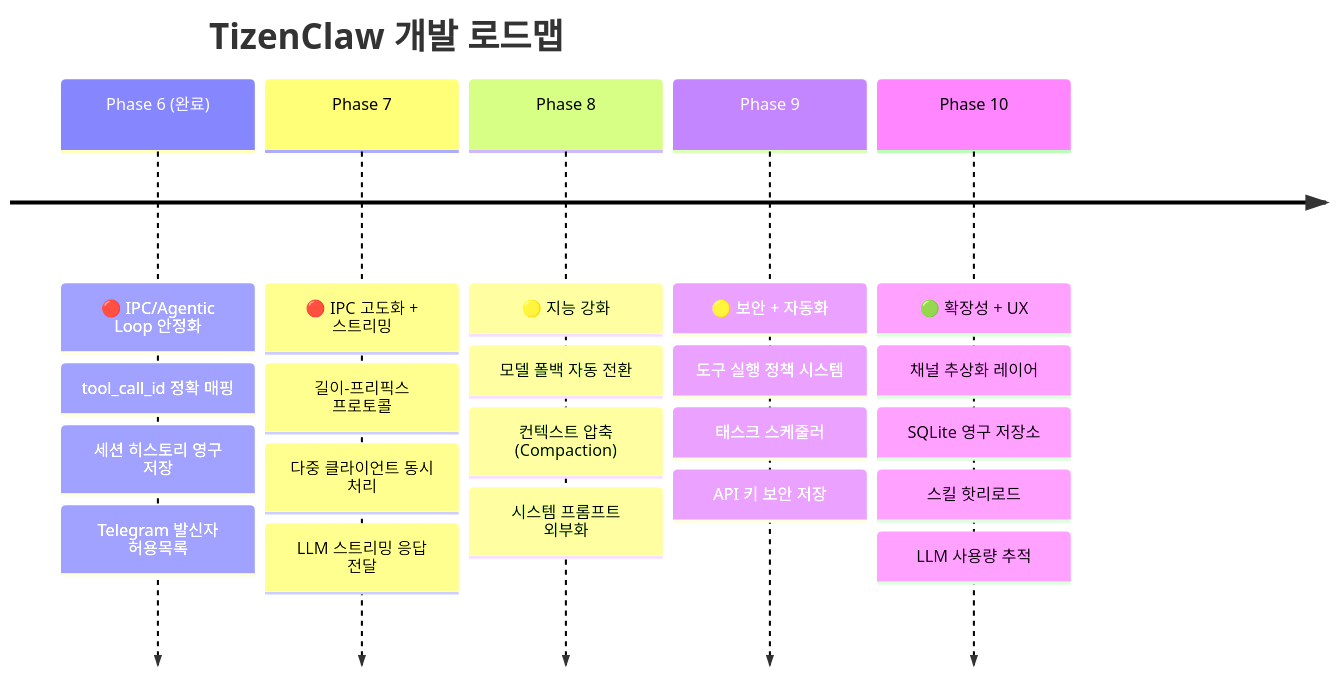
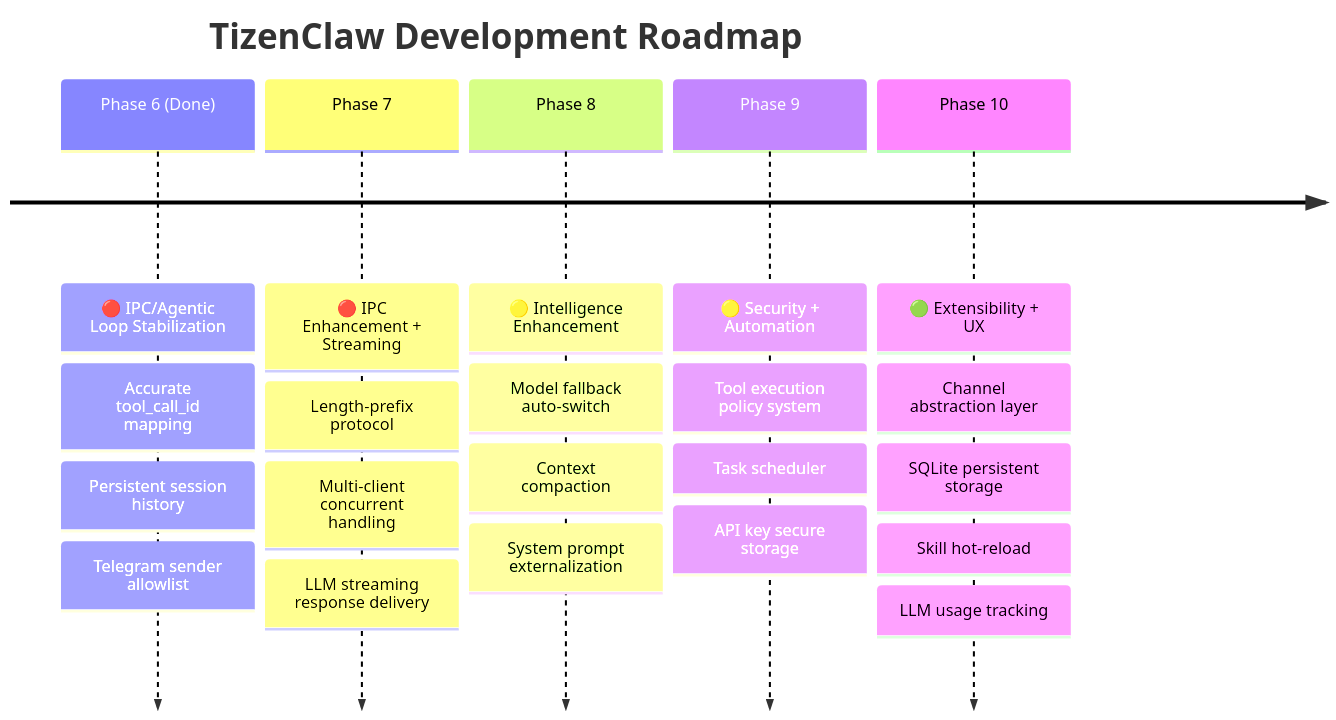
The diagram in docs/ROADMAP.md (Kyoyeol-Kim/tizenclaw), drawn with Mermaid before and after one commit. The commit also changed other lines of this file and 5 other files, not shown here.

````diff
--- a/docs/ROADMAP.md
+++ b/docs/ROADMAP.md
@@ -10,25 +10,25 @@
 ```mermaid
 timeline
-    title TizenClaw 개발 로드맵
-    Phase 6 (완료) : 🔴 IPC/Agentic Loop 안정화
-                   : tool_call_id 정확 매핑
-                   : 세션 히스토리 영구 저장
-                   : Telegram 발신자 허용목록
-    Phase 7        : 🔴 IPC 고도화 + 스트리밍
-                   : 길이-프리픽스 프로토콜
-                   : 다중 클라이언트 동시 처리
-                   : LLM 스트리밍 응답 전달
-    Phase 8        : 🟡 지능 강화
-                   : 모델 폴백 자동 전환
-                   : 컨텍스트 압축 (Compaction)
-                   : 시스템 프롬프트 외부화
-    Phase 9        : 🟡 보안 + 자동화
-                   : 도구 실행 정책 시스템
-                   : 태스크 스케줄러
-                   : API 키 보안 저장
-    Phase 10       : 🟢 확장성 + UX
-                   : 채널 추상화 레이어
-                   : SQLite 영구 저장소
-                   : 스킬 핫리로드
-                   : LLM 사용량 추적
+    title TizenClaw Development Roadmap
+    Phase 6 (Done) : 🔴 IPC/Agentic Loop Stabilization
+                   : Accurate tool_call_id mapping
+                   : Persistent session history
+                   : Telegram sender allowlist
+    Phase 7        : 🔴 IPC Enhancement + Streaming
+                   : Length-prefix protocol
+                   : Multi-client concurrent handling
+                   : LLM streaming response delivery
+    Phase 8        : 🟡 Intelligence Enhancement
+                   : Model fallback auto-switch
+                   : Context compaction
+                   : System prompt externalization
+    Phase 9        : 🟡 Security + Automation
+                   : Tool execution policy system
+                   : Task scheduler
+                   : API key secure storage
+    Phase 10       : 🟢 Extensibility + UX
+                   : Channel abstraction layer
+                   : SQLite persistent storage
+                   : Skill hot-reload
+                   : LLM usage tracking
 ```
````
